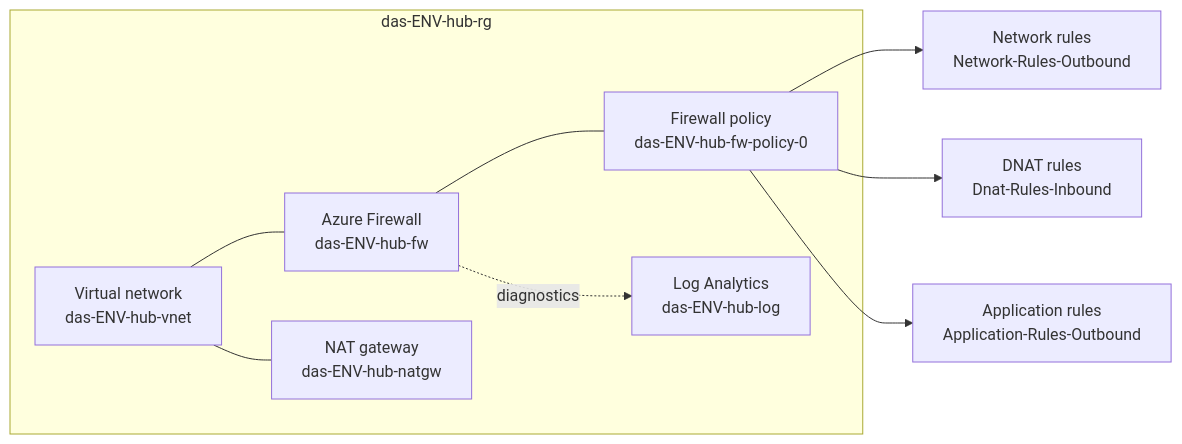
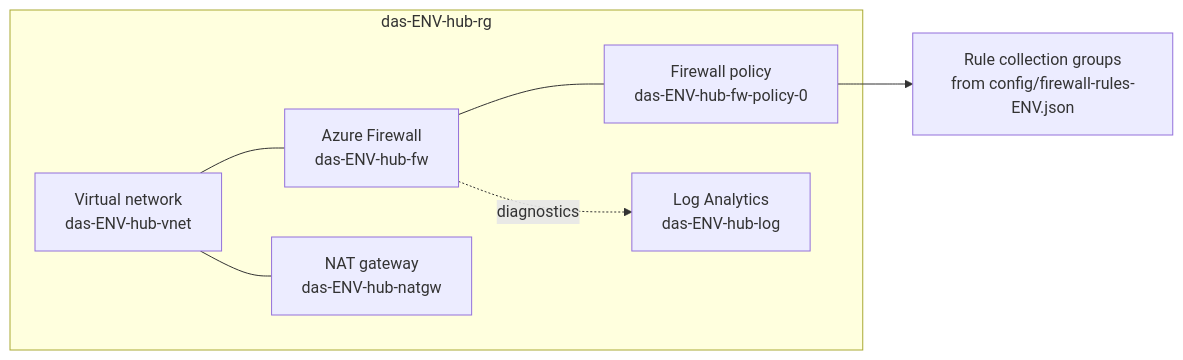
One commit to SkillsFundingAgency/das-hub-infrastructure changed the first of 2 diagrams in README.md. Above: the diagram before and after it, drawn with Mermaid. The commit also changed other lines of this file and 2 other files, not shown here.

First line of the commit message:
DASD-16446 Move AT firewall rules into the new rule collection groups

````diff
--- a/README.md
+++ b/README.md
@@ -15,19 +15,17 @@
 ```mermaid
 graph LR
     subgraph rg["das-ENV-hub-rg"]
         VNET["Virtual network<br/>das-ENV-hub-vnet"]
         FW["Azure Firewall<br/>das-ENV-hub-fw"]
         POL["Firewall policy<br/>das-ENV-hub-fw-policy-0"]
         NAT["NAT gateway<br/>das-ENV-hub-natgw"]
         LAW["Log Analytics<br/>das-ENV-hub-log"]
 
         VNET --- FW
         FW --- POL
         VNET --- NAT
         FW -. diagnostics .-> LAW
     end
 
-    POL --> NRG["Network rules<br/>Network-Rules-Outbound"]
-    POL --> DRG["DNAT rules<br/>Dnat-Rules-Inbound"]
-    POL --> ARG["Application rules<br/>Application-Rules-Outbound"]
+    POL --> RCG["Rule collection groups<br/>from config/firewall-rules-ENV.json"]
 ```
````
